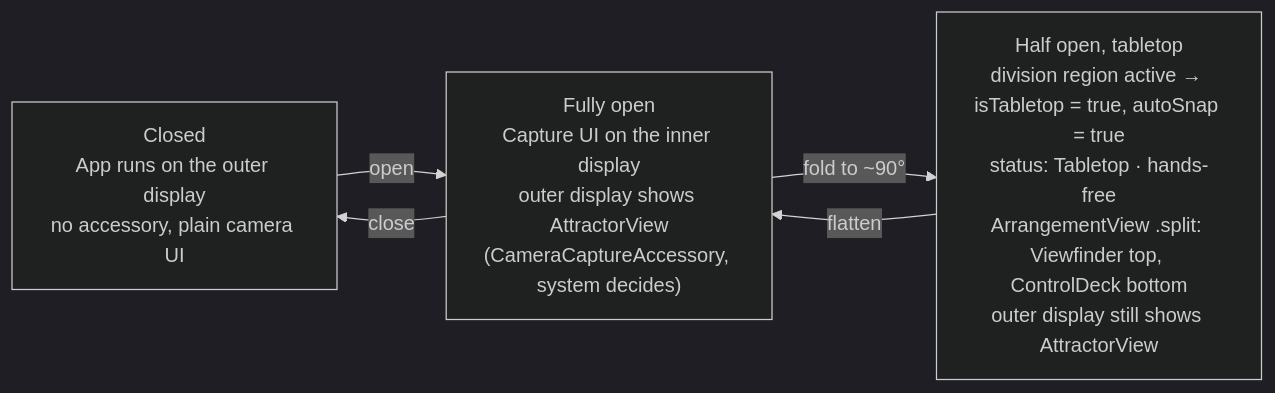
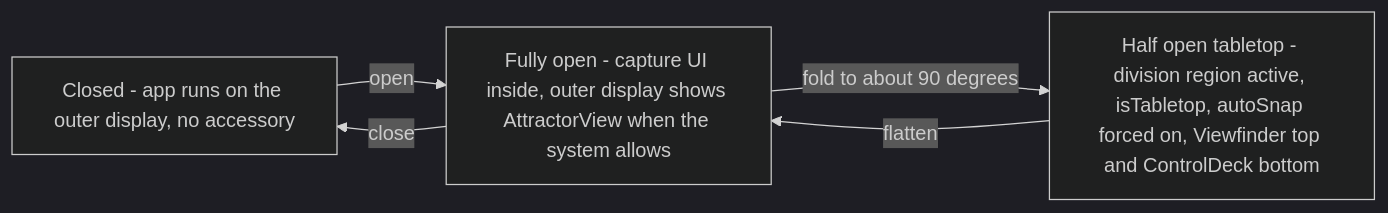
Before and after one commit to techadnank9/peekaboo: the third of 6 diagrams in ARCHITECTURE.md, drawn with Mermaid (dark theme). The commit also changed other lines of this file, not shown here.

Commit message:
Architecture: Cartoon Me, characters, GitHub-safe diagrams

````diff
--- a/ARCHITECTURE.md
+++ b/ARCHITECTURE.md
@@ -96,10 +120,10 @@
 ```mermaid
 flowchart LR
-    Closed["Closed<br/>App runs on the outer display<br/>no accessory, plain camera UI"]
-    Open["Fully open<br/>Capture UI on the inner display<br/>outer display shows AttractorView<br/>(CameraCaptureAccessory, system decides)"]
-    Half["Half open, tabletop<br/>division region active → isTabletop = true, autoSnap = true<br/>status: Tabletop · hands-free<br/>ArrangementView .split: Viewfinder top, ControlDeck bottom<br/>outer display still shows AttractorView"]
-    Closed -- open --> Open
-    Open -- close --> Closed
-    Open -- fold to ~90° --> Half
-    Half -- flatten --> Open
+    Closed["Closed - app runs on the outer display, no accessory"]
+    Open["Fully open - capture UI inside, outer display shows AttractorView when the system allows"]
+    Half["Half open tabletop - division region active, isTabletop, autoSnap forced on, Viewfinder top and ControlDeck bottom"]
+    Closed -- "open" --> Open
+    Open -- "close" --> Closed
+    Open -- "fold to about 90 degrees" --> Half
+    Half -- "flatten" --> Open
 ```
````
